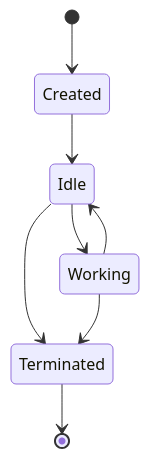
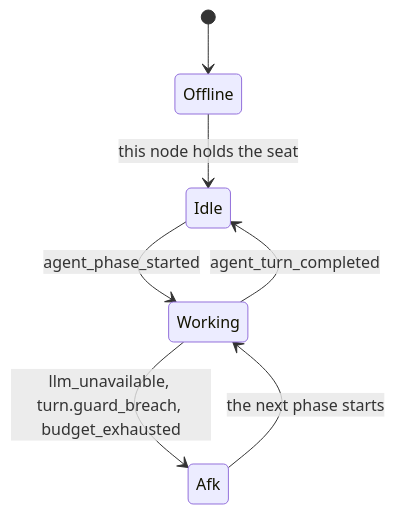
The second of 4 diagrams in docs/concepts/agent-runtime.md (crewlet/crewlet), drawn with Mermaid before and after one commit. The commit also changed other lines of this file, not shown here.

First line of the commit message:
docs(concepts): describe the agent runtime the engine actually runs

````diff
--- a/docs/concepts/agent-runtime.md
+++ b/docs/concepts/agent-runtime.md
@@ -43,10 +39,9 @@
 ```mermaid
 stateDiagram-v2
-    [*] --> Created
-    Created --> Idle
-    Idle --> Working
-    Working --> Idle
-    Idle --> Terminated
-    Working --> Terminated
-    Terminated --> [*]
+    [*] --> Offline
+    Offline --> Idle: this node holds the seat
+    Idle --> Working: agent_phase_started
+    Working --> Idle: agent_turn_completed
+    Working --> Afk: llm_unavailable, turn.guard_breach, budget_exhausted
+    Afk --> Working: the next phase starts
 ```
````
